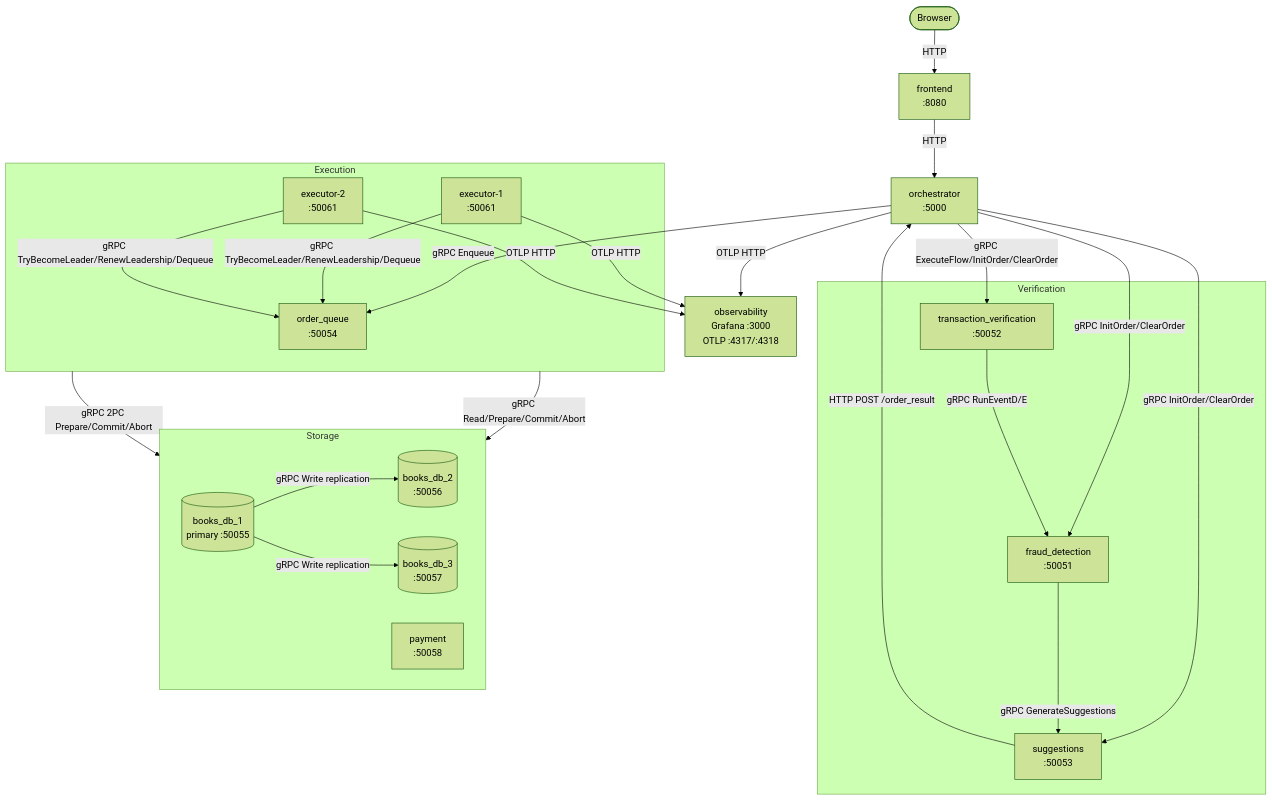
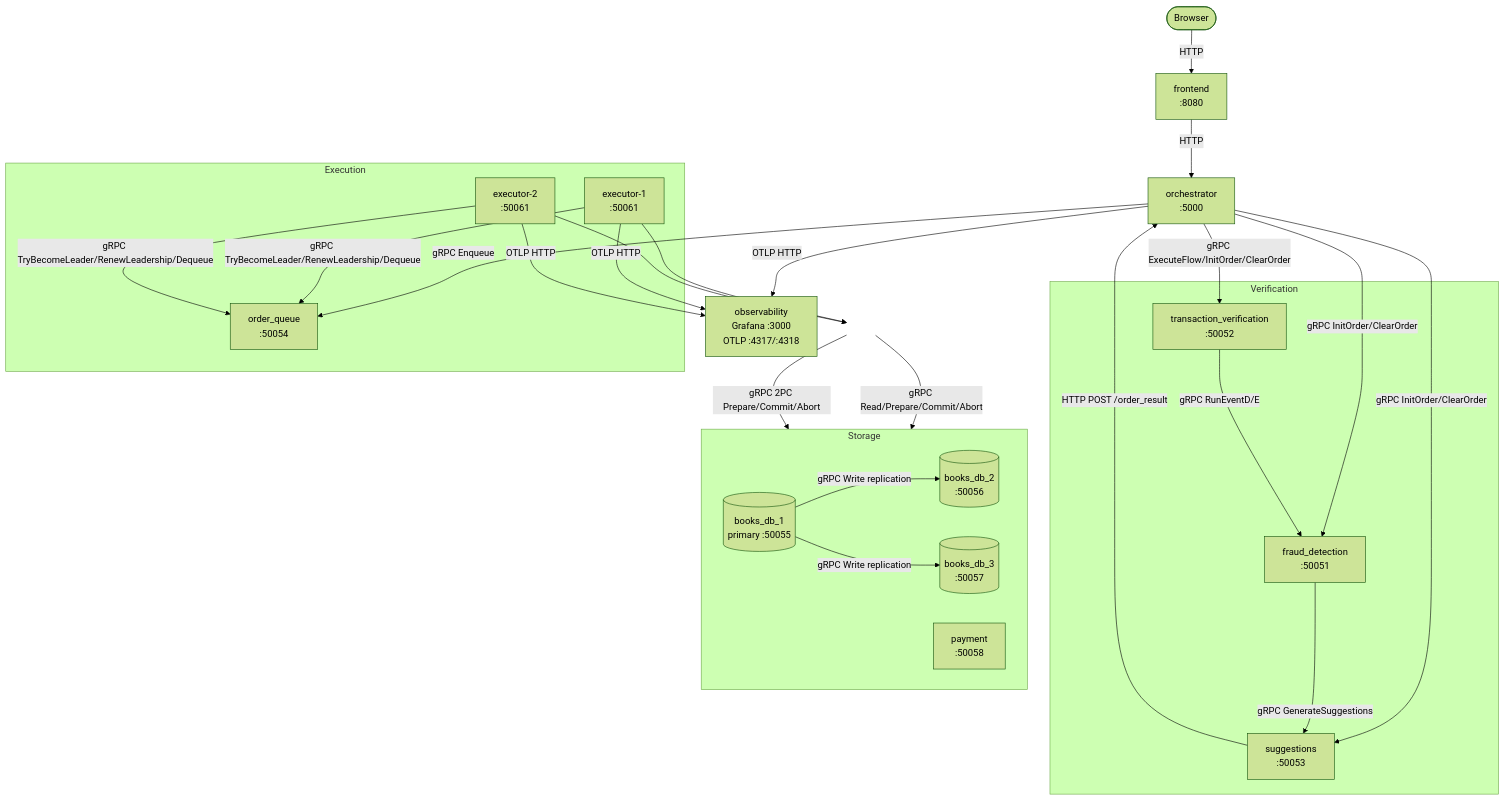
One commit to M1ngiii/ds-practice-2025 changed the diagram in docs/CHECKPOINT_4.md. Above: the diagram before and after it, drawn with Mermaid (forest theme).

Commit message:
Diagram fix 3

````diff
--- a/docs/CHECKPOINT_4.md
+++ b/docs/CHECKPOINT_4.md
@@ -26,43 +26,45 @@
 ```mermaid
 flowchart TB
     Browser(["Browser"])
     FE["frontend\n:8080"]
     Orch["orchestrator\n:5000"]
 
     subgraph verif["Verification"]
         TV["transaction_verification\n:50052"]
         FD["fraud_detection\n:50051"]
         SG["suggestions\n:50053"]
     end
 
     subgraph exec["Execution"]
         OQ["order_queue\n:50054"]
         E1["executor-1\n:50061"]
         E2["executor-2\n:50061"]
     end
 
     subgraph storage["Storage"]
         direction LR
         DB1[("books_db_1\nprimary :50055")]
         DB2[("books_db_2\n:50056")]
         DB3[("books_db_3\n:50057")]
         Pay["payment\n:50058"]
     end
 
     Obs["observability\nGrafana :3000\nOTLP :4317/:4318"]
 
     Browser -->|HTTP| FE
     FE -->|HTTP| Orch
     Orch -->|gRPC InitOrder/ClearOrder| FD
     Orch -->|gRPC InitOrder/ClearOrder| SG
     Orch -->|gRPC ExecuteFlow/InitOrder/ClearOrder| TV
     TV -->|gRPC RunEventD/E| FD
     FD -->|gRPC GenerateSuggestions| SG
     SG -->|HTTP POST /order_result| Orch
     Orch -->|gRPC Enqueue| OQ
     E1 & E2 -->|gRPC TryBecomeLeader/RenewLeadership/Dequeue| OQ
-    exec -->|gRPC Read/Prepare/Commit/Abort| DB1
-    exec -->|gRPC 2PC Prepare/Commit/Abort| Pay
+    E1 & E2 --> junc[ ]
+    junc -->|gRPC Read/Prepare/Commit/Abort| DB1
+    junc -->|gRPC 2PC Prepare/Commit/Abort| Pay
+    style junc fill:none,stroke:none
     DB1 -->|gRPC Write replication| DB2 & DB3
     Orch & E1 & E2 -->|OTLP HTTP| Obs
 ```
````
